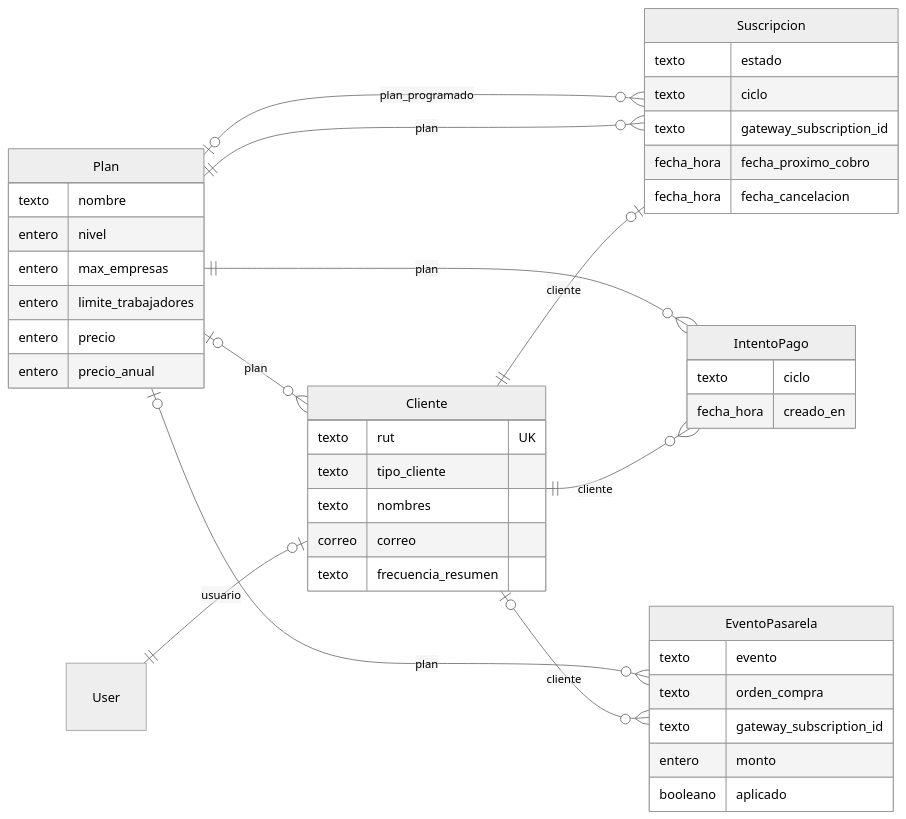
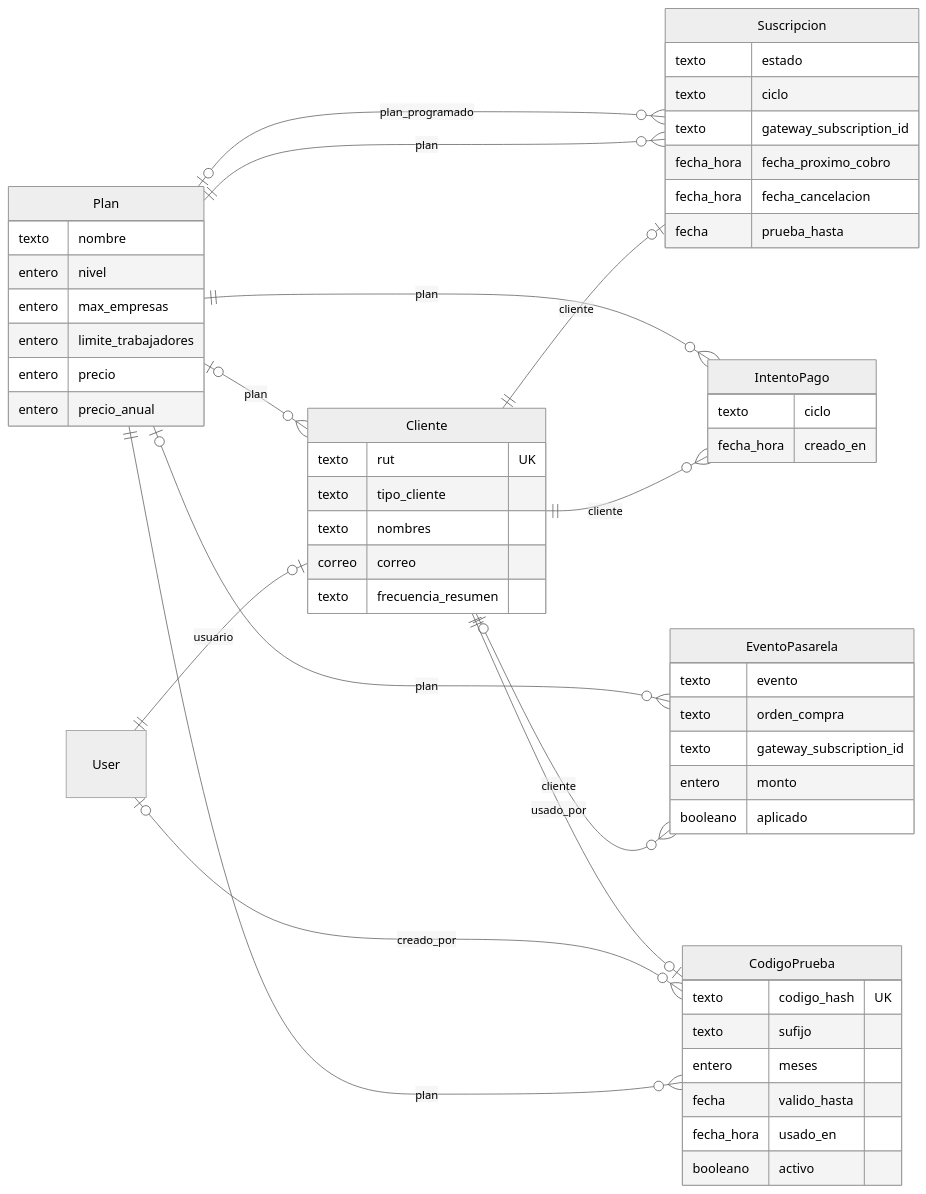
The diagram in docs/tecnico/figuras/06-er-cuentas.mmd (FehuDeveloperTeam/jornada40-saas), drawn with Mermaid (neutral theme) before and after one commit. The commit also changed 36 other files, not shown here.

```diff
--- a/docs/tecnico/figuras/06-er-cuentas.mmd
+++ b/docs/tecnico/figuras/06-er-cuentas.mmd
@@ -1,45 +1,57 @@
 %% Capítulo 6 · Cuentas, planes y pagos (generado por herramientas/modelo_datos.py)
 erDiagram
   direction LR
   User ||--o| Cliente : "usuario"
   Plan |o--o{ Cliente : "plan"
   Cliente ||--o| Suscripcion : "cliente"
   Plan ||--o{ Suscripcion : "plan"
   Plan |o--o{ Suscripcion : "plan_programado"
   Cliente ||--o{ IntentoPago : "cliente"
   Plan ||--o{ IntentoPago : "plan"
   Cliente |o--o{ EventoPasarela : "cliente"
   Plan |o--o{ EventoPasarela : "plan"
+  Plan ||--o{ CodigoPrueba : "plan"
+  User |o--o{ CodigoPrueba : "creado_por"
+  Cliente ||--o| CodigoPrueba : "usado_por"
   Plan {
     texto nombre
     entero nivel
     entero max_empresas
     entero limite_trabajadores
     entero precio
     entero precio_anual
   }
   Cliente {
     texto rut UK
     texto tipo_cliente
     texto nombres
     correo correo
     texto frecuencia_resumen
   }
   Suscripcion {
     texto estado
     texto ciclo
     texto gateway_subscription_id
     fecha_hora fecha_proximo_cobro
     fecha_hora fecha_cancelacion
+    fecha prueba_hasta
   }
   IntentoPago {
     texto ciclo
     fecha_hora creado_en
   }
   EventoPasarela {
     texto evento
     texto orden_compra
     texto gateway_subscription_id
     entero monto
     booleano aplicado
   }
+  CodigoPrueba {
+    texto codigo_hash UK
+    texto sufijo
+    entero meses
+    fecha valido_hasta
+    fecha_hora usado_en
+    booleano activo
+  }
```
